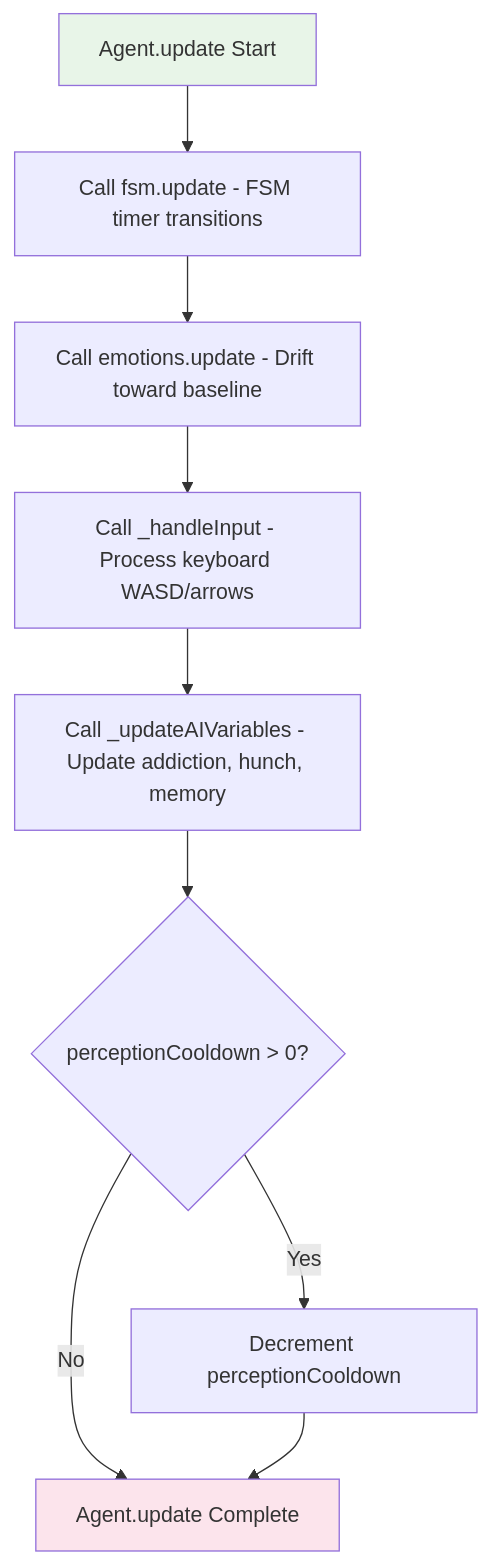
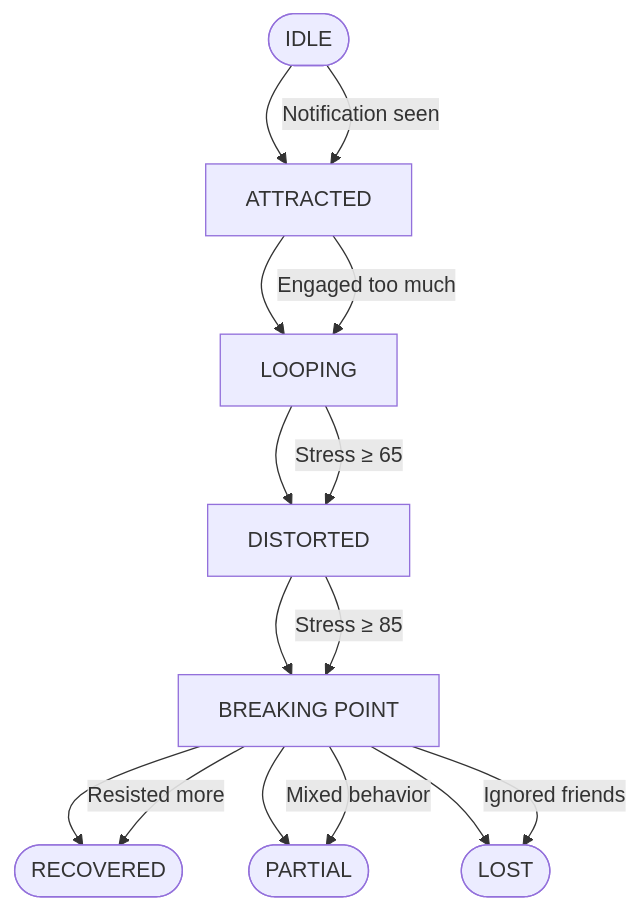
The second of 8 diagrams in docs/08_Algorithm.md (MNSBaanu/EchoSphere), drawn with Mermaid before and after one commit. The commit also changed other lines of this file, not shown here.

First line of the commit message:
docs(Algorithm): simplify flowcharts and remove pseudocode

````diff
--- a/docs/08_Algorithm.md
+++ b/docs/08_Algorithm.md
@@ -31,15 +28,18 @@
 ```mermaid
 flowchart TD
-    A[Agent.update Start] --> B[Call fsm.update - FSM timer transitions]
-    B --> C[Call emotions.update - Drift toward baseline]
-    C --> D[Call _handleInput - Process keyboard WASD/arrows]
-    D --> E[Call _updateAIVariables - Update addiction, hunch, memory]
-    
-    E --> F{perceptionCooldown > 0?}
-    F -->|Yes| G[Decrement perceptionCooldown]
-    F -->|No| H[Agent.update Complete]
-    G --> H
-    
-    style A fill:#e8f5e8
-    style H fill:#fce4ec
+    A([IDLE]) --> B[ATTRACTED]
+    B --> C[LOOPING]
+    C --> D[DISTORTED]
+    D --> E[BREAKING POINT]
+    E --> F([RECOVERED])
+    E --> G([PARTIAL])
+    E --> H([LOST])
+
+    A -->|Notification seen| B
+    B -->|Engaged too much| C
+    C -->|Stress ≥ 65| D
+    D -->|Stress ≥ 85| E
+    E -->|Resisted more| F
+    E -->|Mixed behavior| G
+    E -->|Ignored friends| H
 ```
````
